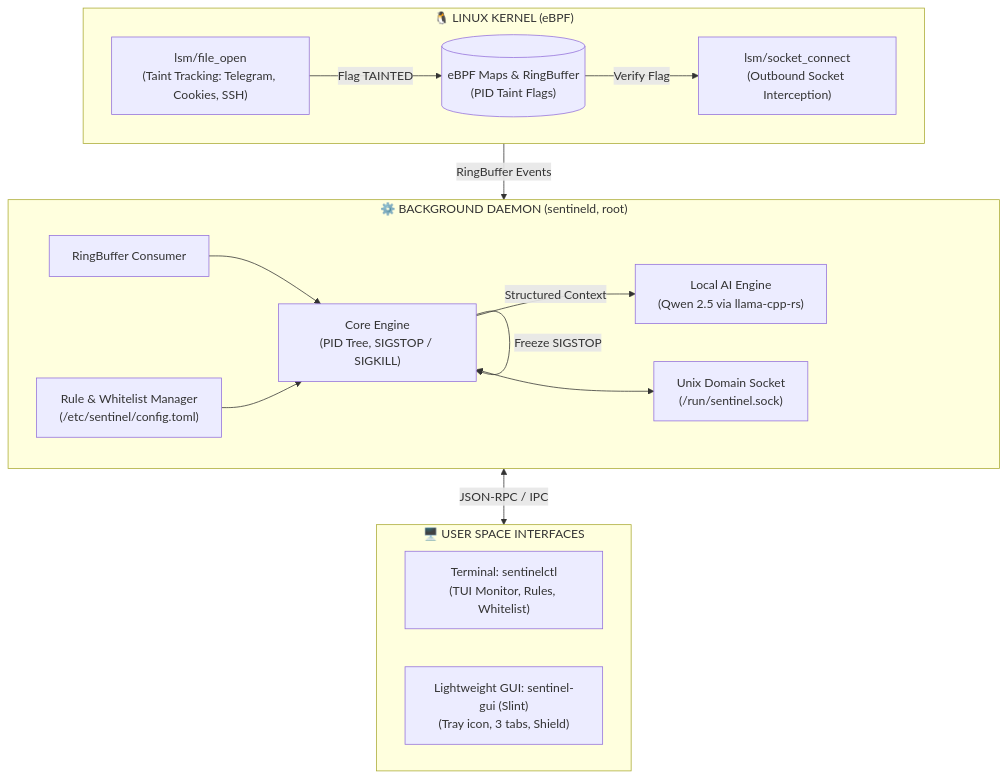
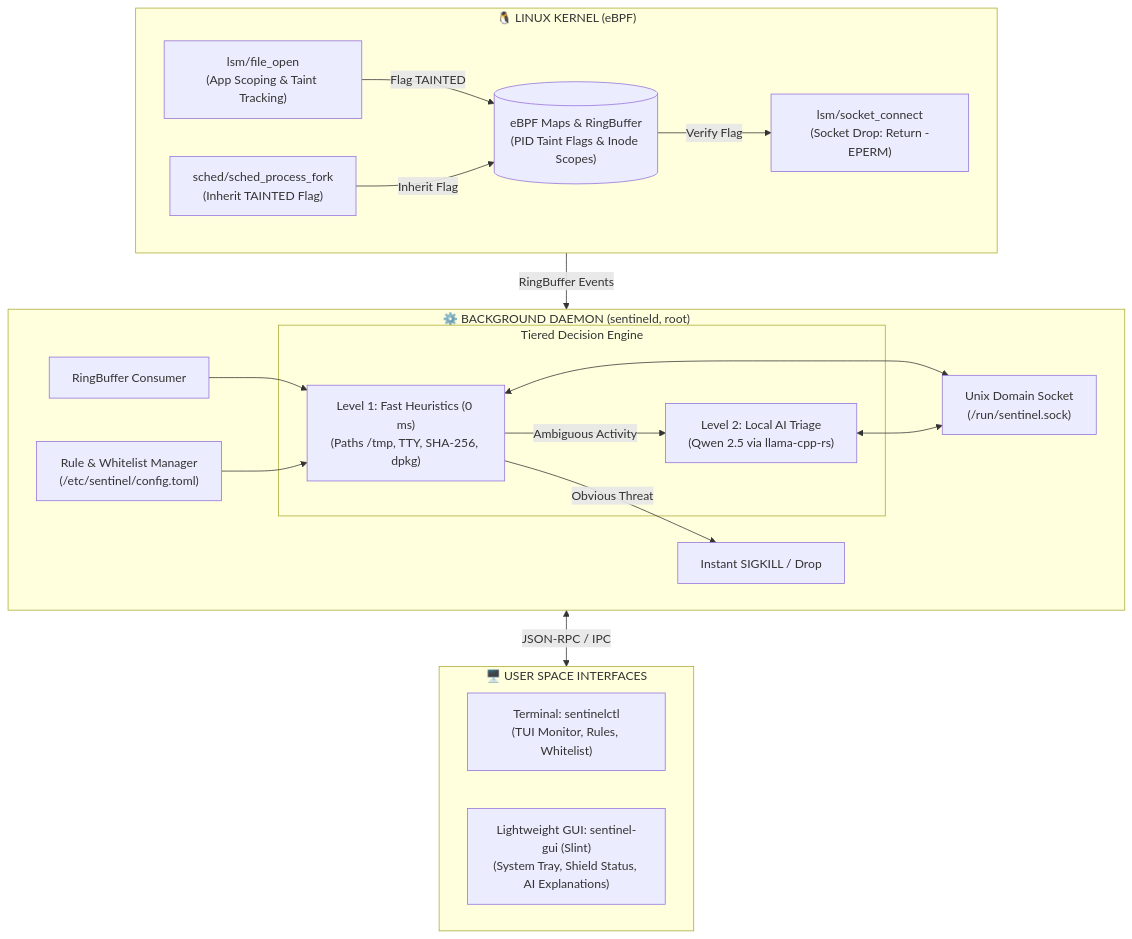
The diagram in README.en.md (woifik560/sentinel-rs), drawn with Mermaid before and after one commit. The commit also changed other lines of this file and 2 other files, not shown here.

Commit message:
docs: update architecture to v1.2 with tiered triage, app scoping and non-blocking network drop

````diff
--- a/README.en.md
+++ b/README.en.md
@@ -44,33 +47,40 @@
 ```mermaid
 flowchart TD
     subgraph Kernel["🐧 LINUX KERNEL (eBPF)"]
-        LSM_FILE["lsm/file_open<br/>(Taint Tracking: Telegram, Cookies, SSH)"]
-        LSM_NET["lsm/socket_connect<br/>(Outbound Socket Interception)"]
-        MAPS[("eBPF Maps & RingBuffer<br/>(PID Taint Flags)")]
+        LSM_FILE["lsm/file_open<br/>(App Scoping & Taint Tracking)"]
+        FORK["sched/sched_process_fork<br/>(Inherit TAINTED Flag)"]
+        LSM_NET["lsm/socket_connect<br/>(Socket Drop: Return -EPERM)"]
+        MAPS[("eBPF Maps & RingBuffer<br/>(PID Taint Flags & Inode Scopes)")]
         
         LSM_FILE -->|Flag TAINTED| MAPS
+        FORK -->|Inherit Flag| MAPS
         MAPS -->|Verify Flag| LSM_NET
     end
 
     subgraph Daemon["⚙️ BACKGROUND DAEMON (sentineld, root)"]
         RING_BUF["RingBuffer Consumer"]
-        CORE_ENG["Core Engine<br/>(PID Tree, SIGSTOP / SIGKILL)"]
-        AI_ENG["Local AI Engine<br/>(Qwen 2.5 via llama-cpp-rs)"]
+        
+        subgraph TieredEngine["Tiered Decision Engine"]
+            L1["Level 1: Fast Heuristics (0 ms)<br/>(Paths /tmp, TTY, SHA-256, dpkg)"]
+            L2["Level 2: Local AI Triage<br/>(Qwen 2.5 via llama-cpp-rs)"]
+        end
+        
         CONFIG["Rule & Whitelist Manager<br/>(/etc/sentinel/config.toml)"]
         IPC_SOCK["Unix Domain Socket<br/>(/run/sentinel.sock)"]
 
-        RING_BUF --> CORE_ENG
-        CORE_ENG -->|Freeze SIGSTOP| CORE_ENG
-        CORE_ENG -->|Structured Context| AI_ENG
-        CONFIG --> CORE_ENG
-        CORE_ENG <--> IPC_SOCK
+        RING_BUF --> L1
+        L1 -->|Obvious Threat| KILL["Instant SIGKILL / Drop"]
+        L1 -->|Ambiguous Activity| L2
+        CONFIG --> L1
+        L1 <--> IPC_SOCK
+        L2 <--> IPC_SOCK
     end
 
     subgraph Clients["🖥️ USER SPACE INTERFACES"]
         CLI["Terminal: sentinelctl<br/>(TUI Monitor, Rules, Whitelist)"]
-        GUI["Lightweight GUI: sentinel-gui (Slint)<br/>(Tray icon, 3 tabs, Shield)"]
+        GUI["Lightweight GUI: sentinel-gui (Slint)<br/>(System Tray, Shield Status, AI Explanations)"]
     end
 
     Kernel -->|RingBuffer Events| Daemon
     Daemon <-->|JSON-RPC / IPC| Clients
 ```
````
